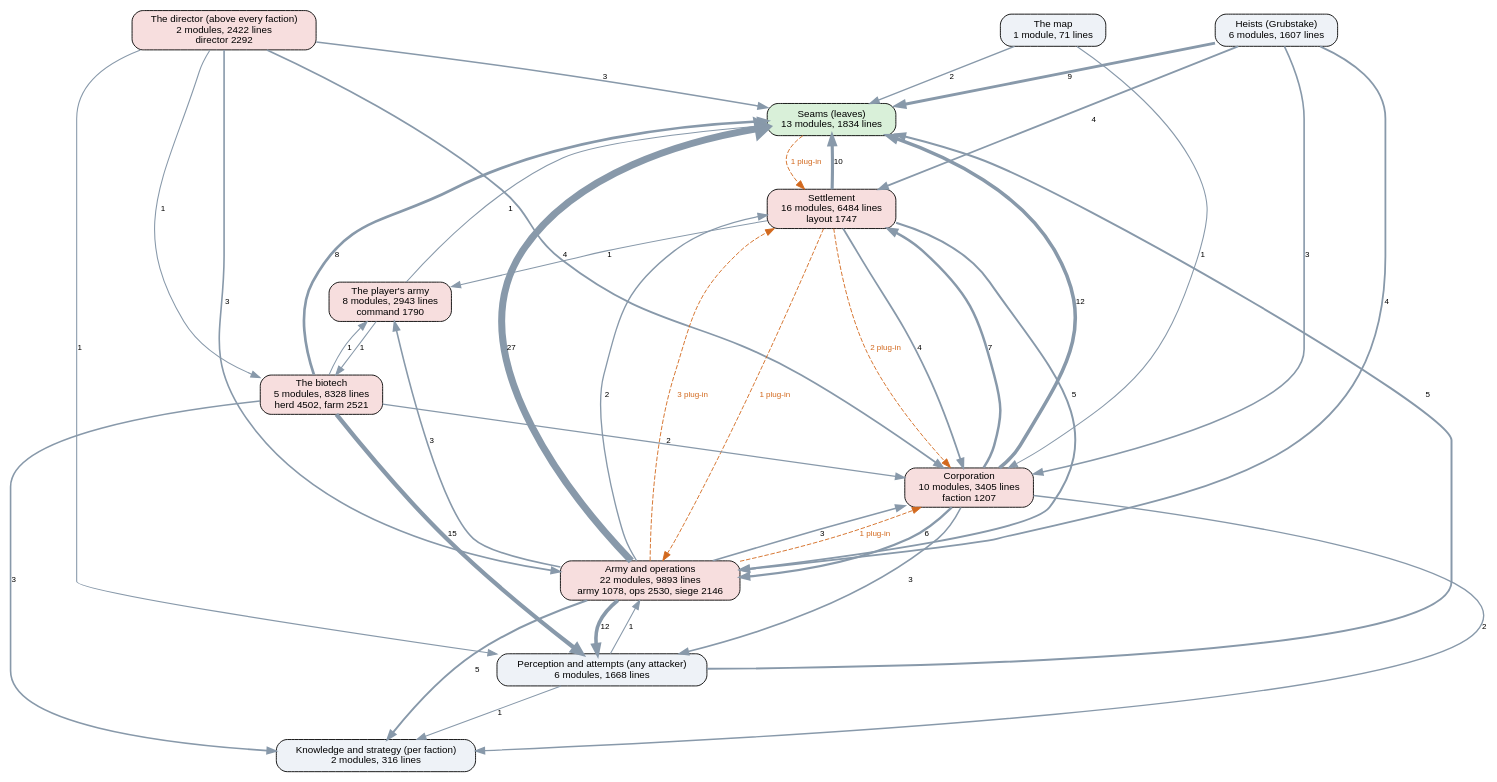
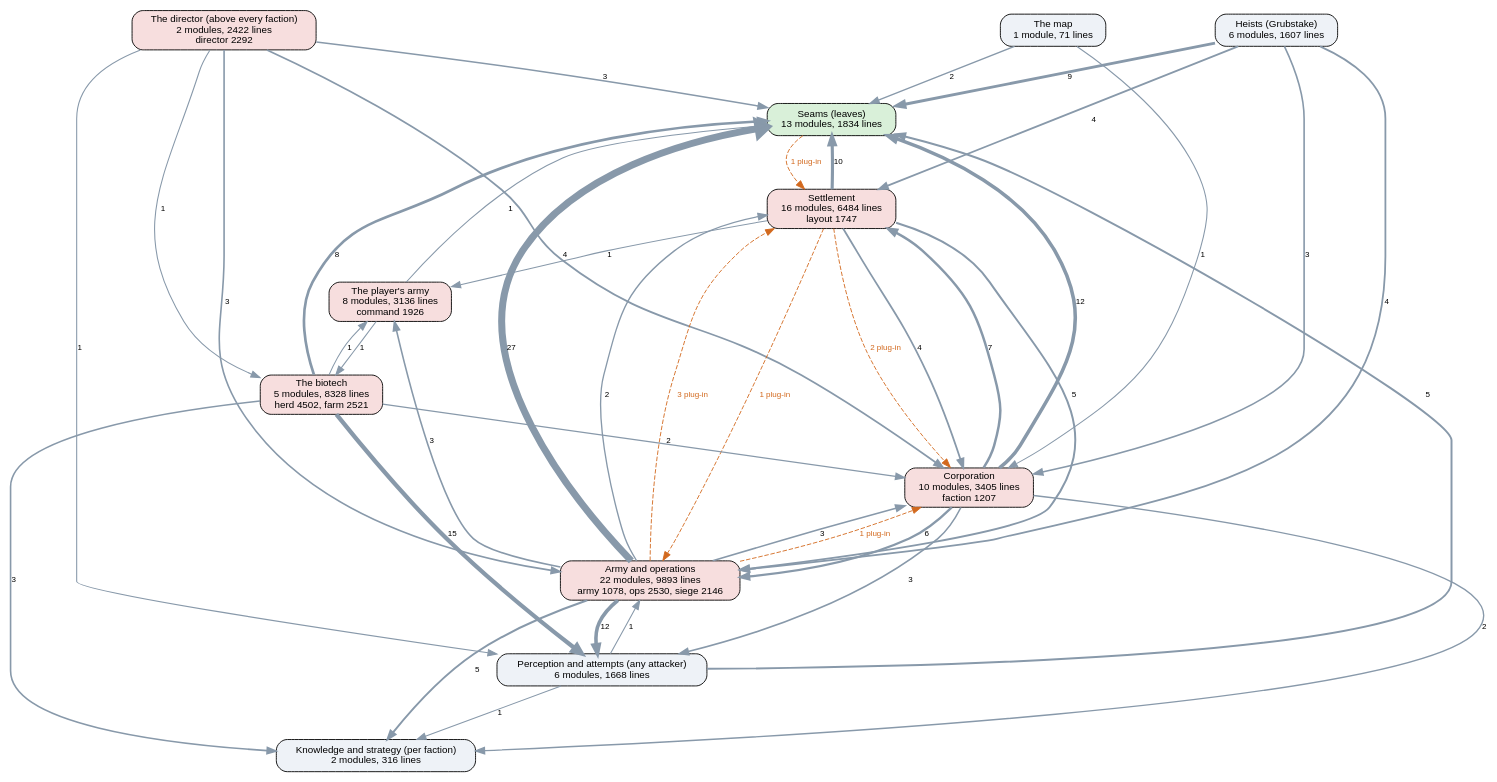
The diagram in docs/ai-layers.dot (kinelhu/landing-party), drawn with Graphviz before and after one commit. The commit also changed 23 other files, not shown here.

```diff
--- a/docs/ai-layers.dot
+++ b/docs/ai-layers.dot
@@ -1,57 +1,57 @@
 digraph layers {
   graph [rankdir=TB, fontname="Helvetica", nodesep=0.5, ranksep=0.7];
   node [shape=box, style="rounded,filled", fontname="Helvetica", fontsize=11, fillcolor="#eef2f7"];
   edge [color="#8899aa", fontname="Helvetica", fontsize=9];
   "Seams (leaves)" [label="Seams (leaves)\n13 modules, 1834 lines", fillcolor="#d9f0d9"];
   "Perception and attempts (any attacker)" [label="Perception and attempts (any attacker)\n6 modules, 1668 lines", fillcolor="#eef2f7"];
   "Knowledge and strategy (per faction)" [label="Knowledge and strategy (per faction)\n2 modules, 316 lines", fillcolor="#eef2f7"];
   "The director (above every faction)" [label="The director (above every faction)\n2 modules, 2422 lines\ndirector 2292", fillcolor="#f7dede"];
   "Corporation" [label="Corporation\n10 modules, 3405 lines\nfaction 1207", fillcolor="#f7dede"];
   "Settlement" [label="Settlement\n16 modules, 6484 lines\nlayout 1747", fillcolor="#f7dede"];
   "Army and operations" [label="Army and operations\n22 modules, 9893 lines\narmy 1078, ops 2530, siege 2146", fillcolor="#f7dede"];
   "Heists (Grubstake)" [label="Heists (Grubstake)\n6 modules, 1607 lines", fillcolor="#eef2f7"];
   "The biotech" [label="The biotech\n5 modules, 8328 lines\nherd 4502, farm 2521", fillcolor="#f7dede"];
   "The map" [label="The map\n1 module, 71 lines", fillcolor="#eef2f7"];
-  "The player's army" [label="The player's army\n8 modules, 2943 lines\ncommand 1790", fillcolor="#f7dede"];
+  "The player's army" [label="The player's army\n8 modules, 3136 lines\ncommand 1926", fillcolor="#f7dede"];
   "Army and operations" -> "Corporation" [label="3", penwidth=1.8];
   "Army and operations" -> "Knowledge and strategy (per faction)" [label="5", penwidth=2.2];
   "Army and operations" -> "Perception and attempts (any attacker)" [label="12", penwidth=4.0];
   "Army and operations" -> "Seams (leaves)" [label="27", penwidth=7.8];
   "Army and operations" -> "Settlement" [label="2", penwidth=1.5];
   "Army and operations" -> "The player's army" [label="3", penwidth=1.8];
   "Corporation" -> "Army and operations" [label="6", penwidth=2.5];
   "Corporation" -> "Knowledge and strategy (per faction)" [label="2", penwidth=1.5];
   "Corporation" -> "Perception and attempts (any attacker)" [label="3", penwidth=1.8];
   "Corporation" -> "Seams (leaves)" [label="12", penwidth=4.0];
   "Corporation" -> "Settlement" [label="7", penwidth=2.8];
   "Heists (Grubstake)" -> "Army and operations" [label="4", penwidth=2.0];
   "Heists (Grubstake)" -> "Corporation" [label="3", penwidth=1.8];
   "Heists (Grubstake)" -> "Seams (leaves)" [label="9", penwidth=3.2];
   "Heists (Grubstake)" -> "Settlement" [label="4", penwidth=2.0];
   "Perception and attempts (any attacker)" -> "Army and operations" [label="1", penwidth=1.2];
   "Perception and attempts (any attacker)" -> "Knowledge and strategy (per faction)" [label="1", penwidth=1.2];
   "Perception and attempts (any attacker)" -> "Seams (leaves)" [label="5", penwidth=2.2];
   "Settlement" -> "Army and operations" [label="5", penwidth=2.2];
   "Settlement" -> "Corporation" [label="4", penwidth=2.0];
   "Settlement" -> "Seams (leaves)" [label="10", penwidth=3.5];
   "Settlement" -> "The player's army" [label="1", penwidth=1.2];
   "The biotech" -> "Corporation" [label="2", penwidth=1.5];
   "The biotech" -> "Knowledge and strategy (per faction)" [label="3", penwidth=1.8];
   "The biotech" -> "Perception and attempts (any attacker)" [label="15", penwidth=4.8];
   "The biotech" -> "Seams (leaves)" [label="8", penwidth=3.0];
   "The biotech" -> "The player's army" [label="1", penwidth=1.2];
   "The director (above every faction)" -> "Army and operations" [label="3", penwidth=1.8];
   "The director (above every faction)" -> "Corporation" [label="4", penwidth=2.0];
   "The director (above every faction)" -> "Perception and attempts (any attacker)" [label="1", penwidth=1.2];
   "The director (above every faction)" -> "Seams (leaves)" [label="3", penwidth=1.8];
   "The director (above every faction)" -> "The biotech" [label="1", penwidth=1.2];
   "The map" -> "Corporation" [label="1", penwidth=1.2];
   "The map" -> "Seams (leaves)" [label="2", penwidth=1.5];
   "The player's army" -> "Seams (leaves)" [label="1", penwidth=1.2];
   "The player's army" -> "The biotech" [label="1", penwidth=1.2];
   "Army and operations" -> "Corporation" [style=dashed, color="#d2691e", fontcolor="#d2691e", label="1 plug-in"];
   "Army and operations" -> "Settlement" [style=dashed, color="#d2691e", fontcolor="#d2691e", label="3 plug-in"];
   "Seams (leaves)" -> "Settlement" [style=dashed, color="#d2691e", fontcolor="#d2691e", label="1 plug-in"];
   "Settlement" -> "Army and operations" [style=dashed, color="#d2691e", fontcolor="#d2691e", label="1 plug-in"];
   "Settlement" -> "Corporation" [style=dashed, color="#d2691e", fontcolor="#d2691e", label="2 plug-in"];
 }
```
